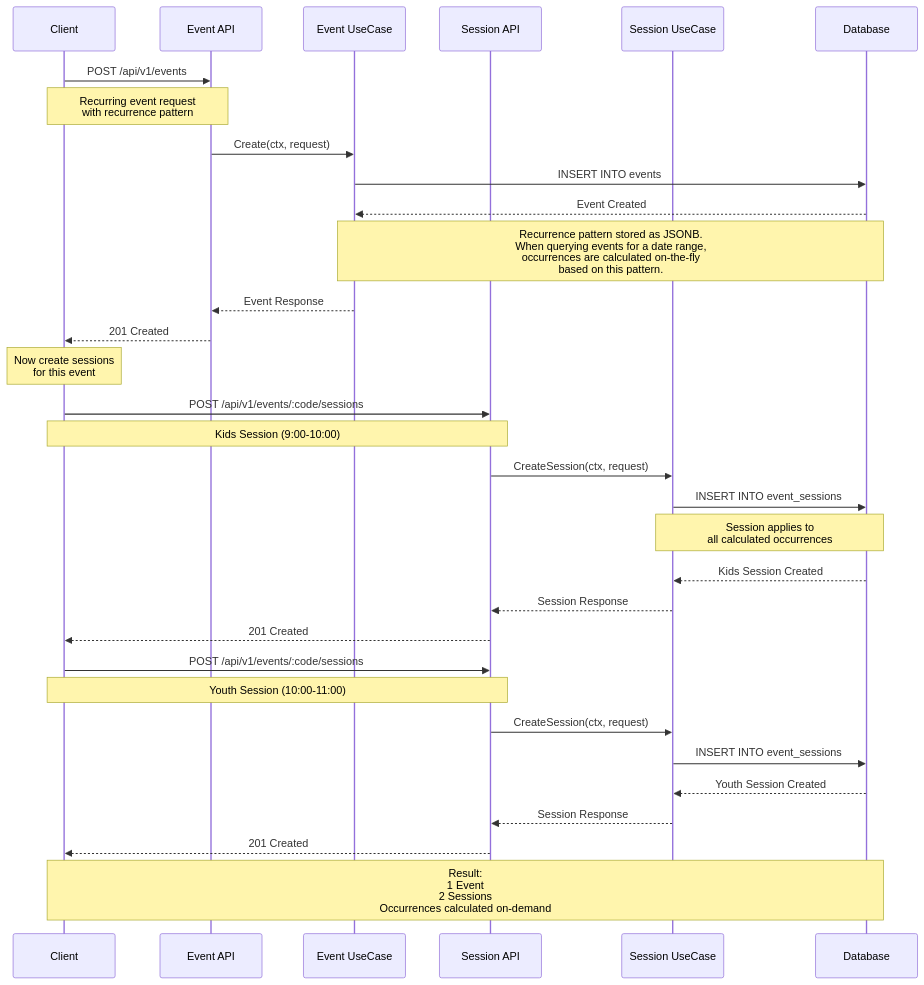
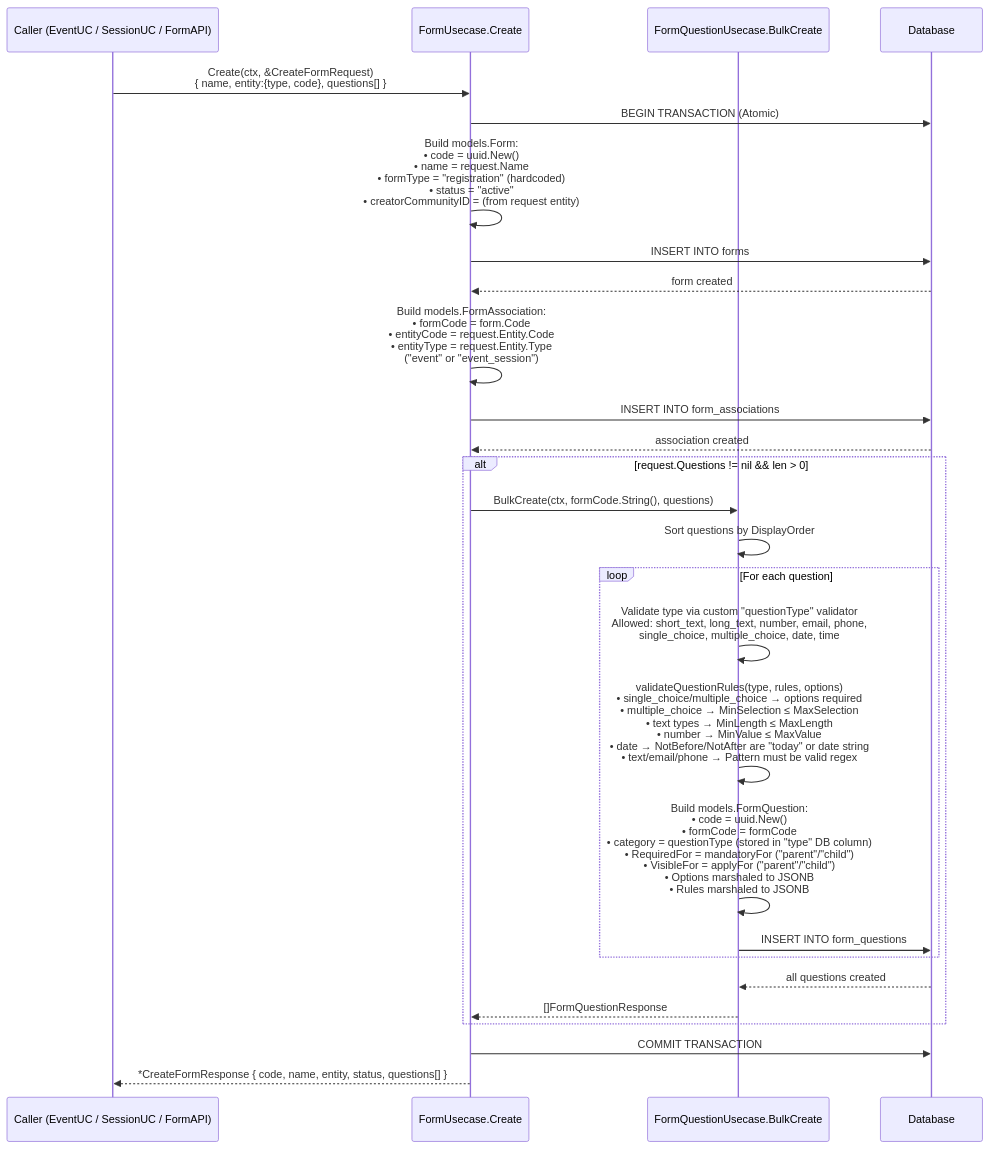
The fifth of 10 diagrams in docs/event_management_system_spec.md (growcenter/go-community), drawn with Mermaid before and after one commit. The commit also changed other lines of this file and 4 other files, not shown here.

Commit message:
fix: update schema and specs

````diff
--- a/docs/event_management_system_spec.md
+++ b/docs/event_management_system_spec.md
@@ -472,45 +508,43 @@
 ```mermaid
 sequenceDiagram
-    participant Client
-    participant EventAPI as Event API
-    participant EventUC as Event UseCase
-    participant SessionAPI as Session API
-    participant SessionUC as Session UseCase
+    participant Caller as Caller (EventUC / SessionUC / FormAPI)
+    participant FormUC as FormUsecase.Create
+    participant FormQuestionUC as FormQuestionUsecase.BulkCreate
     participant DB as Database
 
-    Client->>EventAPI: POST /api/v1/events
-    Note over Client,EventAPI: Recurring event request<br/>with recurrence pattern
+    Caller->>FormUC: Create(ctx, &CreateFormRequest)<br/>{ name, entity:{type, code}, questions[] }
 
-    EventAPI->>EventUC: Create(ctx, request)
-    EventUC->>DB: INSERT INTO events
-    DB-->>EventUC: Event Created
+    FormUC->>DB: BEGIN TRANSACTION (Atomic)
 
-    Note over EventUC,DB: Recurrence pattern stored as JSONB.<br/>When querying events for a date range,<br/>occurrences are calculated on-the-fly<br/>based on this pattern.
+    FormUC->>FormUC: Build models.Form:<br/>• code = uuid.New()<br/>• name = request.Name<br/>• formType = "registration" (hardcoded)<br/>• status = "active"<br/>• creatorCommunityID = (from request entity)
 
-    EventUC-->>EventAPI: Event Response
-    EventAPI-->>Client: 201 Created
+    FormUC->>DB: INSERT INTO forms
+    DB-->>FormUC: form created
 
-    Note over Client: Now create sessions<br/>for this event
+    FormUC->>FormUC: Build models.FormAssociation:<br/>• formCode = form.Code<br/>• entityCode = request.Entity.Code<br/>• entityType = request.Entity.Type<br/>  ("event" or "event_session")
 
-    Client->>SessionAPI: POST /api/v1/events/:code/sessions
-    Note over Client,SessionAPI: Kids Session (9:00-10:00)
+    FormUC->>DB: INSERT INTO form_associations
+    DB-->>FormUC: association created
 
-    SessionAPI->>SessionUC: CreateSession(ctx, request)
-    SessionUC->>DB: INSERT INTO event_sessions
-    Note over SessionUC,DB: Session applies to<br/>all calculated occurrences
+    alt request.Questions != nil && len > 0
+        FormUC->>FormQuestionUC: BulkCreate(ctx, formCode.String(), questions)
 
-    DB-->>SessionUC: Kids Session Created
-    SessionUC-->>SessionAPI: Session Response
-    SessionAPI-->>Client: 201 Created
+        FormQuestionUC->>FormQuestionUC: Sort questions by DisplayOrder
 
-    Client->>SessionAPI: POST /api/v1/events/:code/sessions
-    Note over Client,SessionAPI: Youth Session (10:00-11:00)
+        loop For each question
+            FormQuestionUC->>FormQuestionUC: Validate type via custom "questionType" validator<br/>Allowed: short_text, long_text, number, email, phone,<br/>single_choice, multiple_choice, date, time
 
-    SessionAPI->>SessionUC: CreateSession(ctx, request)
-    SessionUC->>DB: INSERT INTO event_sessions
-    DB-->>SessionUC: Youth Session Created
-    SessionUC-->>SessionAPI: Session Response
-    SessionAPI-->>Client: 201 Created
+            FormQuestionUC->>FormQuestionUC: validateQuestionRules(type, rules, options)<br/>• single_choice/multiple_choice → options required<br/>• multiple_choice → MinSelection ≤ MaxSelection<br/>• text types → MinLength ≤ MaxLength<br/>• number → MinValue ≤ MaxValue<br/>• date → NotBefore/NotAfter are "today" or date string<br/>• text/email/phone → Pattern must be valid regex
 
-    Note over Client,DB: Result:<br/>1 Event<br/>2 Sessions<br/>Occurrences calculated on-demand
+            FormQuestionUC->>FormQuestionUC: Build models.FormQuestion:<br/>• code = uuid.New()<br/>• formCode = formCode<br/>• category = questionType (stored in "type" DB column)<br/>• RequiredFor = mandatoryFor ("parent"/"child")<br/>• VisibleFor = applyFor ("parent"/"child")<br/>• Options marshaled to JSONB<br/>• Rules marshaled to JSONB
+
+            FormQuestionUC->>DB: INSERT INTO form_questions
+        end
+
+        DB-->>FormQuestionUC: all questions created
+        FormQuestionUC-->>FormUC: []FormQuestionResponse
+    end
+
+    FormUC->>DB: COMMIT TRANSACTION
+    FormUC-->>Caller: *CreateFormResponse { code, name, entity, status, questions[] }
 ```
````
